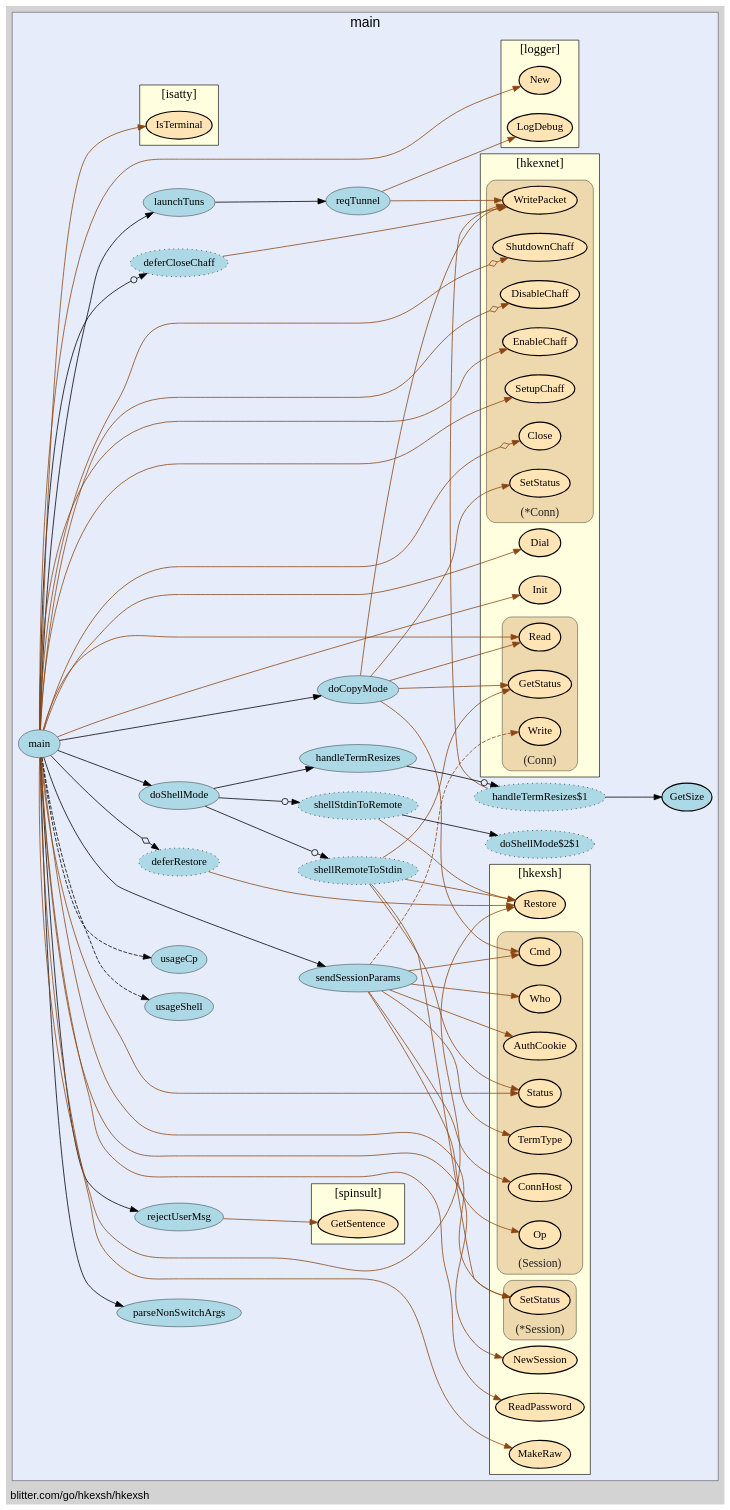
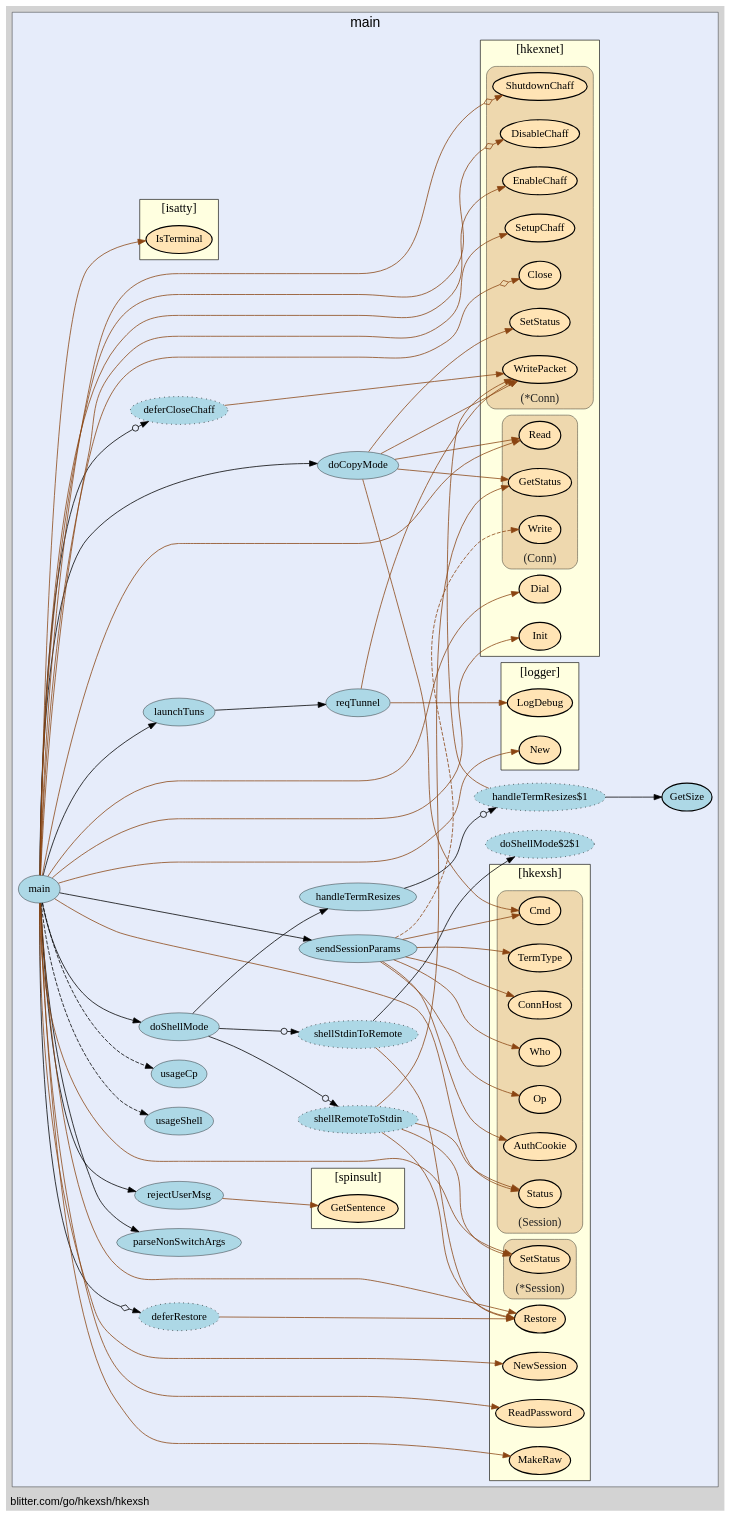
Before and after one commit to isgasho/xs: the diagram in hkexsh/hkexsh-vis.gv, drawn with Graphviz. The commit also changed 5 other files, not shown here.

Commit message:
Fixed graphviz tag for stdinToPtyWorker goroutine

```diff
--- a/hkexsh/hkexsh-vis.gv
+++ b/hkexsh/hkexsh-vis.gv
@@ -20,44 +20,58 @@
 labeljust="c";
 fontsize="18";
         
+        "blitter.com/go/hkexsh/hkexsh.reqTunnel" [ fillcolor="lightblue" label="reqTunnel" penwidth="0.5" ]
+        "blitter.com/go/hkexsh/hkexsh.launchTuns" [ fillcolor="lightblue" label="launchTuns" penwidth="0.5" ]
+        "blitter.com/go/hkexsh/hkexsh.sendSessionParams" [ label="sendSessionParams" penwidth="0.5" fillcolor="lightblue" ]
+        "blitter.com/go/hkexsh/hkexsh.main$1" [ label="deferRestore" style="dotted,filled" fillcolor="lightblue" ]
+        "blitter.com/go/hkexsh/hkexsh.main$2" [ label="deferCloseChaff" style="dotted,filled" fillcolor="lightblue" ]
+        "blitter.com/go/hkexsh/hkexsh.doCopyMode" [ fillcolor="lightblue" label="doCopyMode" penwidth="0.5" ]
         "blitter.com/go/hkexsh/hkexsh.main" [ label="main" penwidth="0.5" fillcolor="lightblue" ]
         "blitter.com/go/hkexsh/hkexsh.parseNonSwitchArgs" [ fillcolor="lightblue" label="parseNonSwitchArgs" penwidth="0.5" ]
-        "blitter.com/go/hkexsh/hkexsh.main$1" [ fillcolor="lightblue" label="deferRestore" style="dotted,filled" ]
-        "blitter.com/go/hkexsh/hkexsh.sendSessionParams" [ fillcolor="lightblue" label="sendSessionParams" penwidth="0.5" ]
         "blitter.com/go/hkexsh/hkexsh.rejectUserMsg" [ penwidth="0.5" fillcolor="lightblue" label="rejectUserMsg" ]
-        "blitter.com/go/hkexsh/hkexsh.main$2" [ label="deferCloseChaff" style="dotted,filled" fillcolor="lightblue" ]
-        "blitter.com/go/hkexsh/hkexsh.reqTunnel" [ penwidth="0.5" fillcolor="lightblue" label="reqTunnel" ]
-        "blitter.com/go/hkexsh/hkexsh.launchTuns" [ fillcolor="lightblue" label="launchTuns" penwidth="0.5" ]
         "blitter.com/go/hkexsh/hkexsh.doShellMode$1" [ fillcolor="lightblue" label="shellRemoteToStdin" style="dotted,filled" ]
-        "blitter.com/go/hkexsh/hkexsh.doShellMode" [ fillcolor="lightblue" label="doShellMode" penwidth="0.5" ]
-        "blitter.com/go/hkexsh/hkexsh.handleTermResizes$1" [ fillcolor="lightblue" label="handleTermResizes$1" style="dotted,filled" ]
+        "blitter.com/go/hkexsh/hkexsh.doShellMode" [ penwidth="0.5" fillcolor="lightblue" label="doShellMode" ]
+        "blitter.com/go/hkexsh/hkexsh.handleTermResizes$1" [ label="handleTermResizes$1" style="dotted,filled" fillcolor="lightblue" ]
         "blitter.com/go/hkexsh/hkexsh.GetSize" [ fillcolor="lightblue" label="GetSize" penwidth="1.5" ]
         "blitter.com/go/hkexsh/hkexsh.handleTermResizes" [ fillcolor="lightblue" label="handleTermResizes" penwidth="0.5" ]
-        "blitter.com/go/hkexsh/hkexsh.doShellMode$2" [ label="shellStdinToRemote" style="dotted,filled" fillcolor="lightblue" ]
-        "blitter.com/go/hkexsh/hkexsh.doShellMode$2$1" [ fillcolor="lightblue" label="doShellMode$2$1" style="dotted,filled" ]
-        "blitter.com/go/hkexsh/hkexsh.doCopyMode" [ penwidth="0.5" fillcolor="lightblue" label="doCopyMode" ]
-        "blitter.com/go/hkexsh/hkexsh.usageShell" [ fillcolor="lightblue" label="usageShell" penwidth="0.5" ]
+        "blitter.com/go/hkexsh/hkexsh.doShellMode$2" [ fillcolor="lightblue" label="shellStdinToRemote" style="dotted,filled" ]
+        "blitter.com/go/hkexsh/hkexsh.doShellMode$2$1" [ style="dotted,filled" fillcolor="lightblue" label="doShellMode$2$1" ]
+        "blitter.com/go/hkexsh/hkexsh.usageShell" [ label="usageShell" penwidth="0.5" fillcolor="lightblue" ]
         "blitter.com/go/hkexsh/hkexsh.usageCp" [ fillcolor="lightblue" label="usageCp" penwidth="0.5" ]
         
         subgraph "cluster_blitter.com/go/hkexsh" {
-        fontsize="16";
+        URL="/?f=blitter.com/go/hkexsh";
+tooltip="package: blitter.com/go/hkexsh";
+fontsize="16";
 style="filled";
 fillcolor="lightyellow";
 fontname="bold";
 penwidth="0.8";
 rank="sink";
 label="[hkexsh]";
-URL="/?f=blitter.com/go/hkexsh";
-tooltip="package: blitter.com/go/hkexsh";
         
-        "blitter.com/go/hkexsh.MakeRaw" [ fillcolor="moccasin" label="MakeRaw" penwidth="1.5" ]
-        "blitter.com/go/hkexsh.Restore" [ label="Restore" penwidth="1.5" fillcolor="moccasin" ]
+        "blitter.com/go/hkexsh.Restore" [ fillcolor="moccasin" label="Restore" penwidth="1.5" ]
+        "blitter.com/go/hkexsh.MakeRaw" [ label="MakeRaw" penwidth="1.5" fillcolor="moccasin" ]
         "blitter.com/go/hkexsh.ReadPassword" [ fillcolor="moccasin" label="ReadPassword" penwidth="1.5" ]
         "blitter.com/go/hkexsh.NewSession" [ fillcolor="moccasin" label="NewSession" penwidth="1.5" ]
         
         subgraph "cluster_*blitter.com/go/hkexsh.Session" {
-        label="(*Session)";
+        fontcolor="#222222";
+labelloc="b";
+style="rounded,filled";
+fillcolor="wheat2";
+label="(*Session)";
 tooltip="type: *blitter.com/go/hkexsh.Session";
+penwidth="0.5";
+fontsize="15";
+        
+        "(*blitter.com/go/hkexsh.Session).SetStatus" [ fillcolor="moccasin" label="SetStatus" penwidth="1.5" ]
+        
+    }
+
+        subgraph "cluster_blitter.com/go/hkexsh.Session" {
+        label="(Session)";
+tooltip="type: blitter.com/go/hkexsh.Session";
 penwidth="0.5";
 fontsize="15";
 fontcolor="#222222";
@@ -65,26 +79,12 @@
 style="rounded,filled";
 fillcolor="wheat2";
         
-        "(*blitter.com/go/hkexsh.Session).SetStatus" [ fillcolor="moccasin" label="SetStatus" penwidth="1.5" ]
-        
-    }
-
-        subgraph "cluster_blitter.com/go/hkexsh.Session" {
-        tooltip="type: blitter.com/go/hkexsh.Session";
-penwidth="0.5";
-fontsize="15";
-fontcolor="#222222";
-labelloc="b";
-style="rounded,filled";
-fillcolor="wheat2";
-label="(Session)";
-        
         "(blitter.com/go/hkexsh.Session).Op" [ fillcolor="moccasin" label="Op" penwidth="1.5" ]
         "(blitter.com/go/hkexsh.Session).Who" [ fillcolor="moccasin" label="Who" penwidth="1.5" ]
         "(blitter.com/go/hkexsh.Session).ConnHost" [ fillcolor="moccasin" label="ConnHost" penwidth="1.5" ]
-        "(blitter.com/go/hkexsh.Session).TermType" [ label="TermType" penwidth="1.5" fillcolor="moccasin" ]
+        "(blitter.com/go/hkexsh.Session).TermType" [ fillcolor="moccasin" label="TermType" penwidth="1.5" ]
         "(blitter.com/go/hkexsh.Session).Cmd" [ fillcolor="moccasin" label="Cmd" penwidth="1.5" ]
-        "(blitter.com/go/hkexsh.Session).AuthCookie" [ fillcolor="moccasin" label="AuthCookie" penwidth="1.5" ]
+        "(blitter.com/go/hkexsh.Session).AuthCookie" [ label="AuthCookie" penwidth="1.5" fillcolor="moccasin" ]
         "(blitter.com/go/hkexsh.Session).Status" [ fillcolor="moccasin" label="Status" penwidth="1.5" ]
         
     }
@@ -92,51 +92,51 @@
     }
 
         subgraph "cluster_blitter.com/go/hkexsh/hkexnet" {
-        URL="/?f=blitter.com/go/hkexsh/hkexnet";
-tooltip="package: blitter.com/go/hkexsh/hkexnet";
-penwidth="0.8";
-fontsize="16";
-fontname="bold";
-label="[hkexnet]";
+        fontsize="16";
 style="filled";
 fillcolor="lightyellow";
 rank="sink";
+label="[hkexnet]";
+tooltip="package: blitter.com/go/hkexsh/hkexnet";
+penwidth="0.8";
+fontname="bold";
+URL="/?f=blitter.com/go/hkexsh/hkexnet";
         
         "blitter.com/go/hkexsh/hkexnet.Init" [ fillcolor="moccasin" label="Init" penwidth="1.5" ]
         "blitter.com/go/hkexsh/hkexnet.Dial" [ fillcolor="moccasin" label="Dial" penwidth="1.5" ]
         
         subgraph "cluster_*blitter.com/go/hkexsh/hkexnet.Conn" {
-        labelloc="b";
+        tooltip="type: *blitter.com/go/hkexsh/hkexnet.Conn";
+penwidth="0.5";
+fontsize="15";
+fontcolor="#222222";
+labelloc="b";
 style="rounded,filled";
 fillcolor="wheat2";
 label="(*Conn)";
-tooltip="type: *blitter.com/go/hkexsh/hkexnet.Conn";
-penwidth="0.5";
-fontsize="15";
-fontcolor="#222222";
         
-        "(*blitter.com/go/hkexsh/hkexnet.Conn).Close" [ penwidth="1.5" fillcolor="moccasin" label="Close" ]
-        "(*blitter.com/go/hkexsh/hkexnet.Conn).SetupChaff" [ penwidth="1.5" fillcolor="moccasin" label="SetupChaff" ]
+        "(*blitter.com/go/hkexsh/hkexnet.Conn).WritePacket" [ fillcolor="moccasin" label="WritePacket" penwidth="1.5" ]
+        "(*blitter.com/go/hkexsh/hkexnet.Conn).SetStatus" [ label="SetStatus" penwidth="1.5" fillcolor="moccasin" ]
+        "(*blitter.com/go/hkexsh/hkexnet.Conn).Close" [ fillcolor="moccasin" label="Close" penwidth="1.5" ]
+        "(*blitter.com/go/hkexsh/hkexnet.Conn).SetupChaff" [ fillcolor="moccasin" label="SetupChaff" penwidth="1.5" ]
         "(*blitter.com/go/hkexsh/hkexnet.Conn).EnableChaff" [ fillcolor="moccasin" label="EnableChaff" penwidth="1.5" ]
         "(*blitter.com/go/hkexsh/hkexnet.Conn).DisableChaff" [ fillcolor="moccasin" label="DisableChaff" penwidth="1.5" ]
-        "(*blitter.com/go/hkexsh/hkexnet.Conn).ShutdownChaff" [ fillcolor="moccasin" label="ShutdownChaff" penwidth="1.5" ]
-        "(*blitter.com/go/hkexsh/hkexnet.Conn).WritePacket" [ fillcolor="moccasin" label="WritePacket" penwidth="1.5" ]
-        "(*blitter.com/go/hkexsh/hkexnet.Conn).SetStatus" [ fillcolor="moccasin" label="SetStatus" penwidth="1.5" ]
+        "(*blitter.com/go/hkexsh/hkexnet.Conn).ShutdownChaff" [ penwidth="1.5" fillcolor="moccasin" label="ShutdownChaff" ]
         
     }
 
         subgraph "cluster_blitter.com/go/hkexsh/hkexnet.Conn" {
-        style="rounded,filled";
-fillcolor="wheat2";
-label="(Conn)";
+        label="(Conn)";
 tooltip="type: blitter.com/go/hkexsh/hkexnet.Conn";
 penwidth="0.5";
 fontsize="15";
 fontcolor="#222222";
 labelloc="b";
+style="rounded,filled";
+fillcolor="wheat2";
         
-        "(blitter.com/go/hkexsh/hkexnet.Conn).Write" [ penwidth="1.5" fillcolor="moccasin" label="Write" ]
-        "(blitter.com/go/hkexsh/hkexnet.Conn).Read" [ fillcolor="moccasin" label="Read" penwidth="1.5" ]
+        "(blitter.com/go/hkexsh/hkexnet.Conn).Write" [ label="Write" penwidth="1.5" fillcolor="moccasin" ]
+        "(blitter.com/go/hkexsh/hkexnet.Conn).Read" [ penwidth="1.5" fillcolor="moccasin" label="Read" ]
         "(blitter.com/go/hkexsh/hkexnet.Conn).GetStatus" [ fillcolor="moccasin" label="GetStatus" penwidth="1.5" ]
         
     }
@@ -144,46 +144,46 @@
     }
 
         subgraph "cluster_blitter.com/go/hkexsh/logger" {
-        URL="/?f=blitter.com/go/hkexsh/logger";
+        penwidth="0.8";
 fontsize="16";
 style="filled";
 fillcolor="lightyellow";
 fontname="bold";
-penwidth="0.8";
-rank="sink";
 label="[logger]";
 tooltip="package: blitter.com/go/hkexsh/logger";
+rank="sink";
+URL="/?f=blitter.com/go/hkexsh/logger";
         
+        "blitter.com/go/hkexsh/logger.LogDebug" [ penwidth="1.5" fillcolor="moccasin" label="LogDebug" ]
         "blitter.com/go/hkexsh/logger.New" [ fillcolor="moccasin" label="New" penwidth="1.5" ]
-        "blitter.com/go/hkexsh/logger.LogDebug" [ fillcolor="moccasin" label="LogDebug" penwidth="1.5" ]
         
     }
 
         subgraph "cluster_blitter.com/go/hkexsh/spinsult" {
-        fillcolor="lightyellow";
-rank="sink";
-fontsize="16";
-style="filled";
+        fontname="bold";
 label="[spinsult]";
 URL="/?f=blitter.com/go/hkexsh/spinsult";
+fontsize="16";
+fillcolor="lightyellow";
+rank="sink";
 tooltip="package: blitter.com/go/hkexsh/spinsult";
 penwidth="0.8";
-fontname="bold";
+style="filled";
         
         "blitter.com/go/hkexsh/spinsult.GetSentence" [ fillcolor="moccasin" label="GetSentence" penwidth="1.5" ]
         
     }
 
         subgraph "cluster_github.com/mattn/go-isatty" {
-        fillcolor="lightyellow";
+        style="filled";
+fillcolor="lightyellow";
+rank="sink";
+URL="/?f=github.com/mattn/go-isatty";
+tooltip="package: github.com/mattn/go-isatty";
+fontsize="16";
 fontname="bold";
 label="[isatty]";
-URL="/?f=github.com/mattn/go-isatty";
-tooltip="package: github.com/mattn/go-isatty";
 penwidth="0.8";
-fontsize="16";
-style="filled";
-rank="sink";
         
         "github.com/mattn/go-isatty.IsTerminal" [ fillcolor="moccasin" label="IsTerminal" penwidth="1.5" ]
         
@@ -191,24 +191,33 @@
 
     }
 
-    "blitter.com/go/hkexsh/hkexsh.main" -> "blitter.com/go/hkexsh/hkexsh.parseNonSwitchArgs" [  ]
-    "blitter.com/go/hkexsh/hkexsh.main" -> "blitter.com/go/hkexsh/logger.New" [ color="saddlebrown" ]
-    "blitter.com/go/hkexsh/hkexsh.main" -> "blitter.com/go/hkexsh/hkexnet.Init" [ color="saddlebrown" ]
-    "blitter.com/go/hkexsh/hkexsh.main" -> "blitter.com/go/hkexsh/hkexnet.Dial" [ color="saddlebrown" ]
-    "blitter.com/go/hkexsh/hkexsh.main" -> "(*blitter.com/go/hkexsh/hkexnet.Conn).Close" [ arrowhead="normalnoneodiamond" color="saddlebrown" ]
-    "blitter.com/go/hkexsh/hkexsh.main" -> "github.com/mattn/go-isatty.IsTerminal" [ color="saddlebrown" ]
-    "blitter.com/go/hkexsh/hkexsh.main" -> "blitter.com/go/hkexsh.MakeRaw" [ color="saddlebrown" ]
-    "blitter.com/go/hkexsh/hkexsh.main$1" -> "blitter.com/go/hkexsh.Restore" [ color="saddlebrown" ]
-    "blitter.com/go/hkexsh/hkexsh.main" -> "blitter.com/go/hkexsh/hkexsh.main$1" [ arrowhead="normalnoneodiamond" ]
-    "blitter.com/go/hkexsh/hkexsh.main" -> "blitter.com/go/hkexsh.ReadPassword" [ color="saddlebrown" ]
-    "blitter.com/go/hkexsh/hkexsh.main" -> "blitter.com/go/hkexsh.NewSession" [ color="saddlebrown" ]
+    "blitter.com/go/hkexsh/hkexsh.reqTunnel" -> "blitter.com/go/hkexsh/logger.LogDebug" [ color="saddlebrown" ]
+    "blitter.com/go/hkexsh/hkexsh.reqTunnel" -> "(*blitter.com/go/hkexsh/hkexnet.Conn).WritePacket" [ color="saddlebrown" ]
+    "blitter.com/go/hkexsh/hkexsh.launchTuns" -> "blitter.com/go/hkexsh/hkexsh.reqTunnel" [  ]
     "blitter.com/go/hkexsh/hkexsh.sendSessionParams" -> "(blitter.com/go/hkexsh.Session).Op" [ color="saddlebrown" ]
     "blitter.com/go/hkexsh/hkexsh.sendSessionParams" -> "(blitter.com/go/hkexsh.Session).Who" [ color="saddlebrown" ]
     "blitter.com/go/hkexsh/hkexsh.sendSessionParams" -> "(blitter.com/go/hkexsh.Session).ConnHost" [ color="saddlebrown" ]
     "blitter.com/go/hkexsh/hkexsh.sendSessionParams" -> "(blitter.com/go/hkexsh.Session).TermType" [ color="saddlebrown" ]
     "blitter.com/go/hkexsh/hkexsh.sendSessionParams" -> "(blitter.com/go/hkexsh.Session).Cmd" [ color="saddlebrown" ]
     "blitter.com/go/hkexsh/hkexsh.sendSessionParams" -> "(blitter.com/go/hkexsh.Session).AuthCookie" [ color="saddlebrown" ]
-    "blitter.com/go/hkexsh/hkexsh.sendSessionParams" -> "(blitter.com/go/hkexsh/hkexnet.Conn).Write" [ color="saddlebrown" style="dashed" ]
+    "blitter.com/go/hkexsh/hkexsh.sendSessionParams" -> "(blitter.com/go/hkexsh/hkexnet.Conn).Write" [ style="dashed" color="saddlebrown" ]
+    "blitter.com/go/hkexsh/hkexsh.main$1" -> "blitter.com/go/hkexsh.Restore" [ color="saddlebrown" ]
+    "blitter.com/go/hkexsh/hkexsh.main$2" -> "(*blitter.com/go/hkexsh/hkexnet.Conn).WritePacket" [ color="saddlebrown" ]
+    "blitter.com/go/hkexsh/hkexsh.doCopyMode" -> "(blitter.com/go/hkexsh.Session).Cmd" [ color="saddlebrown" ]
+    "blitter.com/go/hkexsh/hkexsh.doCopyMode" -> "(*blitter.com/go/hkexsh/hkexnet.Conn).WritePacket" [ color="saddlebrown" ]
+    "blitter.com/go/hkexsh/hkexsh.doCopyMode" -> "(blitter.com/go/hkexsh/hkexnet.Conn).Read" [ color="saddlebrown" ]
+    "blitter.com/go/hkexsh/hkexsh.doCopyMode" -> "(*blitter.com/go/hkexsh/hkexnet.Conn).SetStatus" [ color="saddlebrown" ]
+    "blitter.com/go/hkexsh/hkexsh.doCopyMode" -> "(blitter.com/go/hkexsh/hkexnet.Conn).GetStatus" [ color="saddlebrown" ]
+    "blitter.com/go/hkexsh/hkexsh.main" -> "blitter.com/go/hkexsh/hkexsh.parseNonSwitchArgs" [  ]
+    "blitter.com/go/hkexsh/hkexsh.main" -> "blitter.com/go/hkexsh/logger.New" [ color="saddlebrown" ]
+    "blitter.com/go/hkexsh/hkexsh.main" -> "blitter.com/go/hkexsh/hkexnet.Init" [ color="saddlebrown" ]
+    "blitter.com/go/hkexsh/hkexsh.main" -> "blitter.com/go/hkexsh/hkexnet.Dial" [ color="saddlebrown" ]
+    "blitter.com/go/hkexsh/hkexsh.main" -> "(*blitter.com/go/hkexsh/hkexnet.Conn).Close" [ color="saddlebrown" arrowhead="normalnoneodiamond" ]
+    "blitter.com/go/hkexsh/hkexsh.main" -> "github.com/mattn/go-isatty.IsTerminal" [ color="saddlebrown" ]
+    "blitter.com/go/hkexsh/hkexsh.main" -> "blitter.com/go/hkexsh.MakeRaw" [ color="saddlebrown" ]
+    "blitter.com/go/hkexsh/hkexsh.main" -> "blitter.com/go/hkexsh/hkexsh.main$1" [ arrowhead="normalnoneodiamond" ]
+    "blitter.com/go/hkexsh/hkexsh.main" -> "blitter.com/go/hkexsh.ReadPassword" [ color="saddlebrown" ]
+    "blitter.com/go/hkexsh/hkexsh.main" -> "blitter.com/go/hkexsh.NewSession" [ color="saddlebrown" ]
     "blitter.com/go/hkexsh/hkexsh.main" -> "blitter.com/go/hkexsh/hkexsh.sendSessionParams" [  ]
     "blitter.com/go/hkexsh/hkexsh.main" -> "(blitter.com/go/hkexsh/hkexnet.Conn).Read" [ color="saddlebrown" ]
     "blitter.com/go/hkexsh/hkexsh.main" -> "(*blitter.com/go/hkexsh.Session).SetStatus" [ color="saddlebrown" ]
@@ -218,11 +227,7 @@
     "blitter.com/go/hkexsh/hkexsh.main" -> "(*blitter.com/go/hkexsh/hkexnet.Conn).EnableChaff" [ color="saddlebrown" ]
     "blitter.com/go/hkexsh/hkexsh.main" -> "(*blitter.com/go/hkexsh/hkexnet.Conn).DisableChaff" [ arrowhead="normalnoneodiamond" color="saddlebrown" ]
     "blitter.com/go/hkexsh/hkexsh.main" -> "(*blitter.com/go/hkexsh/hkexnet.Conn).ShutdownChaff" [ arrowhead="normalnoneodiamond" color="saddlebrown" ]
-    "blitter.com/go/hkexsh/hkexsh.main$2" -> "(*blitter.com/go/hkexsh/hkexnet.Conn).WritePacket" [ color="saddlebrown" ]
     "blitter.com/go/hkexsh/hkexsh.main" -> "blitter.com/go/hkexsh/hkexsh.main$2" [ arrowhead="normalnoneodot" ]
-    "blitter.com/go/hkexsh/hkexsh.reqTunnel" -> "blitter.com/go/hkexsh/logger.LogDebug" [ color="saddlebrown" ]
-    "blitter.com/go/hkexsh/hkexsh.reqTunnel" -> "(*blitter.com/go/hkexsh/hkexnet.Conn).WritePacket" [ color="saddlebrown" ]
-    "blitter.com/go/hkexsh/hkexsh.launchTuns" -> "blitter.com/go/hkexsh/hkexsh.reqTunnel" [  ]
     "blitter.com/go/hkexsh/hkexsh.main" -> "blitter.com/go/hkexsh/hkexsh.launchTuns" [  ]
     "blitter.com/go/hkexsh/hkexsh.doShellMode$1" -> "blitter.com/go/hkexsh.Restore" [ color="saddlebrown" ]
     "blitter.com/go/hkexsh/hkexsh.doShellMode$1" -> "(blitter.com/go/hkexsh/hkexnet.Conn).GetStatus" [ color="saddlebrown" ]
@@ -238,11 +243,6 @@
     "blitter.com/go/hkexsh/hkexsh.doShellMode" -> "blitter.com/go/hkexsh/hkexsh.doShellMode$2" [ arrowhead="normalnoneodot" ]
     "blitter.com/go/hkexsh/hkexsh.main" -> "blitter.com/go/hkexsh/hkexsh.doShellMode" [  ]
     "blitter.com/go/hkexsh/hkexsh.main" -> "(blitter.com/go/hkexsh.Session).Status" [ color="saddlebrown" ]
-    "blitter.com/go/hkexsh/hkexsh.doCopyMode" -> "(blitter.com/go/hkexsh.Session).Cmd" [ color="saddlebrown" ]
-    "blitter.com/go/hkexsh/hkexsh.doCopyMode" -> "(*blitter.com/go/hkexsh/hkexnet.Conn).WritePacket" [ color="saddlebrown" ]
-    "blitter.com/go/hkexsh/hkexsh.doCopyMode" -> "(blitter.com/go/hkexsh/hkexnet.Conn).Read" [ color="saddlebrown" ]
-    "blitter.com/go/hkexsh/hkexsh.doCopyMode" -> "(*blitter.com/go/hkexsh/hkexnet.Conn).SetStatus" [ color="saddlebrown" ]
-    "blitter.com/go/hkexsh/hkexsh.doCopyMode" -> "(blitter.com/go/hkexsh/hkexnet.Conn).GetStatus" [ color="saddlebrown" ]
     "blitter.com/go/hkexsh/hkexsh.main" -> "blitter.com/go/hkexsh/hkexsh.doCopyMode" [  ]
     "blitter.com/go/hkexsh/hkexsh.main" -> "blitter.com/go/hkexsh.Restore" [ color="saddlebrown" ]
     "blitter.com/go/hkexsh/hkexsh.main" -> "blitter.com/go/hkexsh/hkexsh.usageShell" [ style="dashed" ]
```
